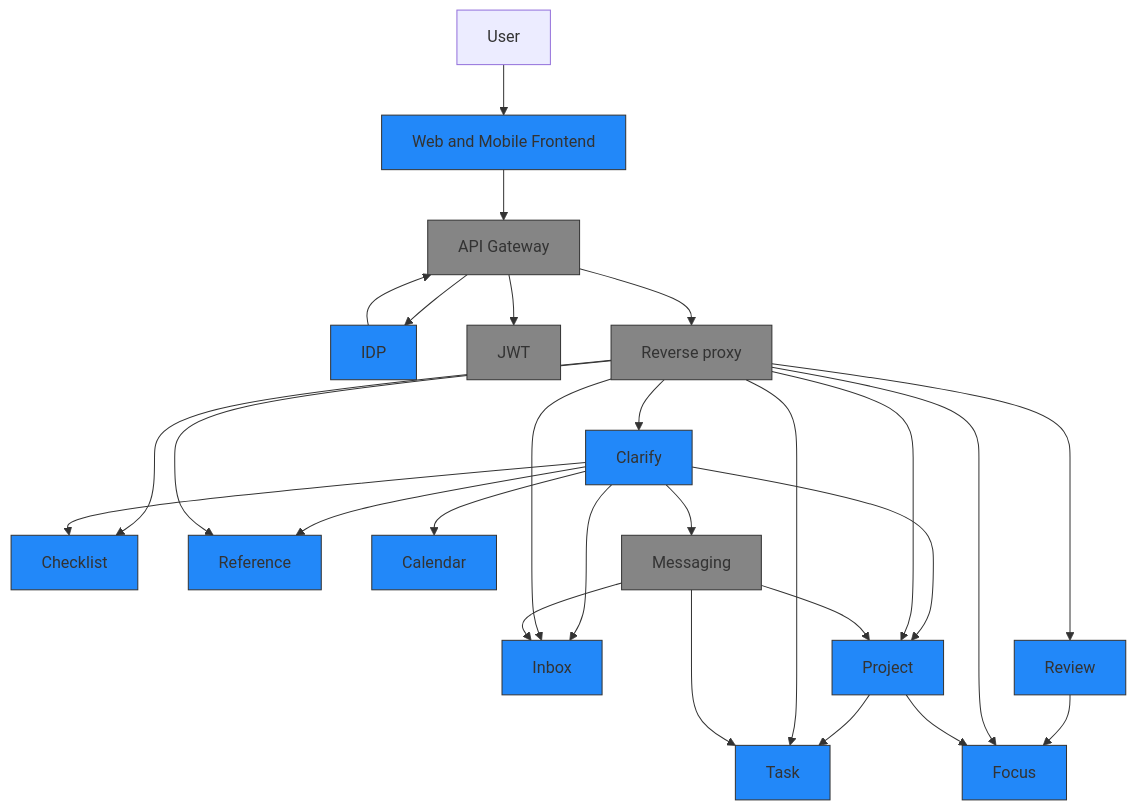
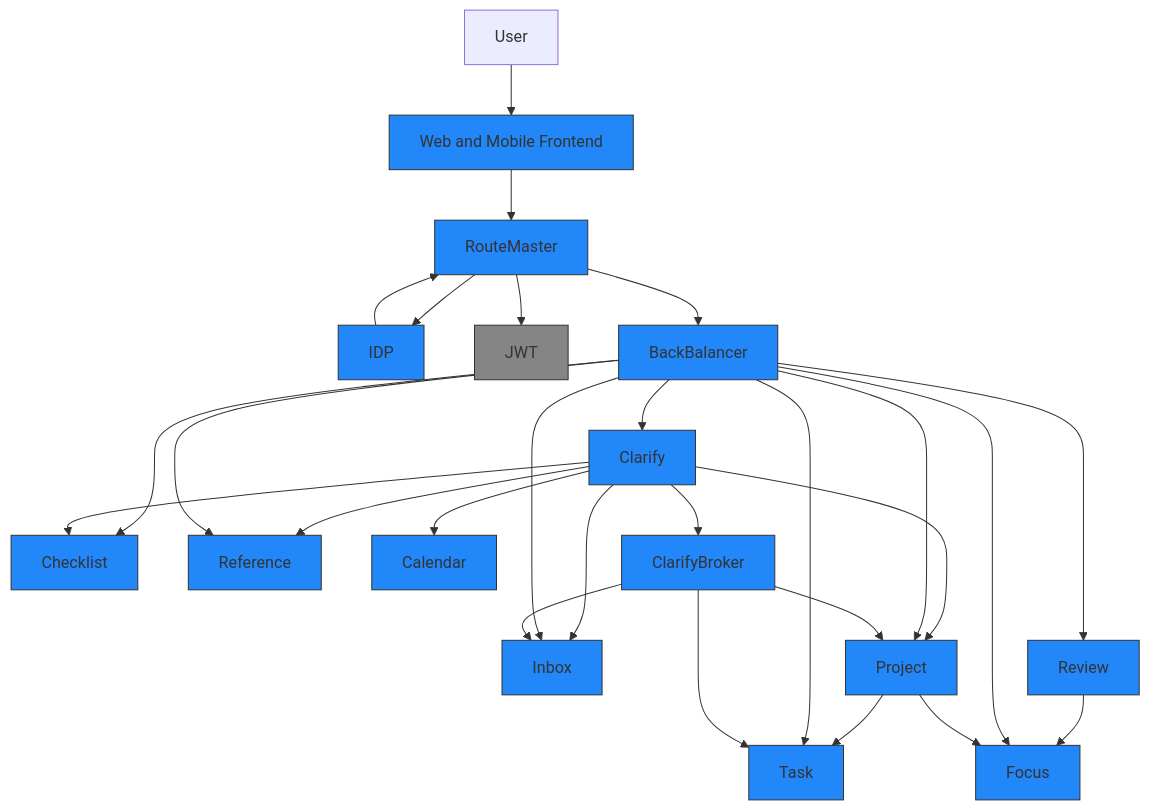
The diagram in README.md (Rindrics/gtdapp), drawn with Mermaid before and after one commit. The commit also changed other lines of this file, not shown here.

Commit message:
:wrench: Treat Middlewares as own services

````diff
--- a/README.md
+++ b/README.md
@@ -82,37 +82,37 @@
 ```mermaid
 graph TB
     User[User]-->Frontend
-    Frontend[Web and Mobile Frontend]-->APIGATEWAY
-    APIGATEWAY[API Gateway] --> IDP
-    IDP --> APIGATEWAY
-    APIGATEWAY --> JWT
+    Frontend[Web and Mobile Frontend]-->RouteMaster
+    RouteMaster --> IDP
+    IDP --> RouteMaster
+    RouteMaster --> JWT
     JWT
 
-    APIGATEWAY --> NGINX
-    NGINX[Reverse proxy] --> Checklist
-    NGINX --> Clarify
+    RouteMaster --> BackBalancer
+    BackBalancer --> Checklist
+    BackBalancer --> Clarify
     Clarify --> Checklist
     Clarify --> Inbox
     Clarify --> Reference
     Clarify --> Project
     Clarify --> Calendar
     Project --> Task
-    NGINX --> Task
-    NGINX --> Project
-    NGINX --> Reference
-    NGINX --> Review
+    BackBalancer --> Task
+    BackBalancer --> Project
+    BackBalancer --> Reference
+    BackBalancer --> Review
     Review --> Focus
-    NGINX --> Focus
-    NGINX --> Inbox
+    BackBalancer --> Focus
+    BackBalancer --> Inbox
     Project --> Focus
 
-    Clarify --> Messaging
-    Messaging --> Inbox
-    Messaging --> Project
-    Messaging --> Task
+    Clarify --> ClarifyBroker
+    ClarifyBroker --> Inbox
+    ClarifyBroker --> Project
+    ClarifyBroker --> Task
 
     classDef services fill:#2288f9,stroke:#333,stroke-width:1px;
-    class IDP,Frontend,Checklist,Clarify,Inbox,Reference,Project,Task,Review,Focus,Calendar services;
+    class RouteMaster,BackBalancer,IDP,Frontend,Checklist,Clarify,ClarifyBroker,Inbox,Reference,Project,Task,Review,Focus,Calendar services;
     classDef tools fill:#858585,stroke:#333,stroke-width:1px;
-    class APIGATEWAY,NGINX,JWT,Messaging tools
+    class JWT tools
 ```
````
